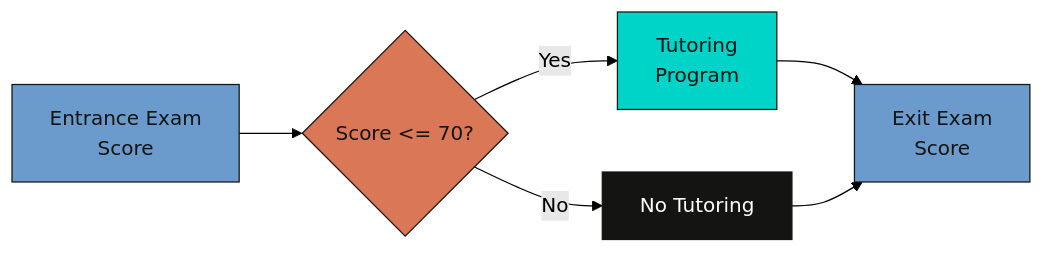
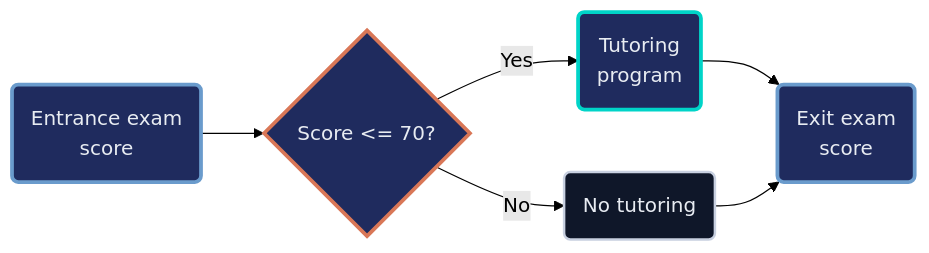
Before and after one commit to cmg777/starter-academic-v501: the first of 2 diagrams in content/post/stata_rd/index.md, drawn with Mermaid (forest theme). The commit also changed other lines of this file and 10 other files, not shown here.

First line of the commit message:
content(mermaid): restyle flowcharts in Stata posts (batch 2 of 2) and the EM publication (EN/ES/JA); add log

````diff
--- a/content/post/stata_rd/index.md
+++ b/content/post/stata_rd/index.md
@@ -69,14 +69,16 @@
 ```mermaid
 graph LR
-    A["Entrance Exam<br/>Score"] --> B{"Score <= 70?"}
-    B -- Yes --> C["Tutoring<br/>Program"]
-    B -- No --> D["No Tutoring"]
-    C --> E["Exit Exam<br/>Score"]
+    A("Entrance exam<br/>score") --> B{"Score <= 70?"}
+    B -- Yes --> C("Tutoring<br/>program")
+    B -- No --> D("No tutoring")
+    C --> E("Exit exam<br/>score")
     D --> E
-    style A fill:#6a9bcc,stroke:#141413,color:#141413
-    classDef sty_B fill:#d97757,stroke:#141413,color:#141413
+    classDef sty_B fill:#1f2b5e,stroke:#d97757,stroke-width:3px,color:#e8ecf2
     class B sty_B
-    style C fill:#00d4c8,stroke:#141413,color:#141413
-    style D fill:#141413,stroke:#141413,color:#fff
-    style E fill:#6a9bcc,stroke:#141413,color:#141413
+    classDef blue fill:#1f2b5e,stroke:#6a9bcc,stroke-width:3px,color:#e8ecf2
+    classDef teal fill:#1f2b5e,stroke:#00d4c8,stroke-width:3px,color:#e8ecf2
+    classDef anchor fill:#0f1729,stroke:#c8d0e0,stroke-width:2px,color:#e8ecf2
+    class A,E blue
+    class C teal
+    class D anchor
 ```
````
